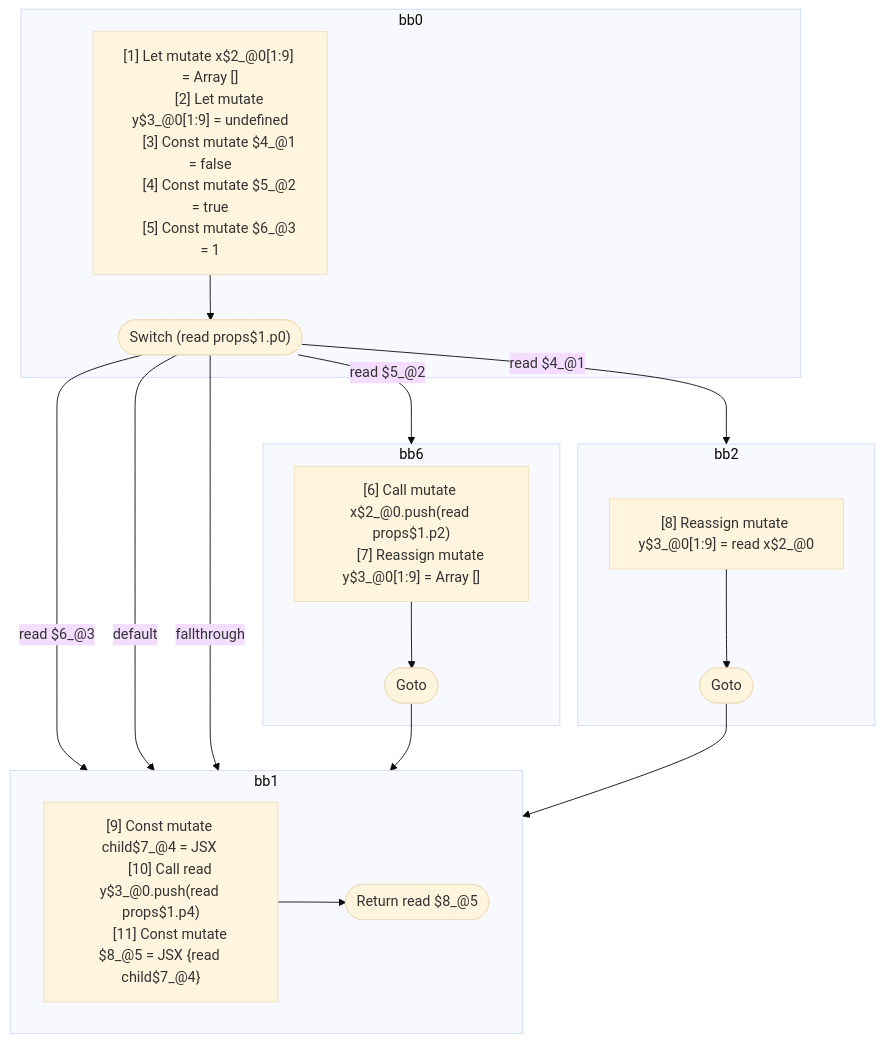
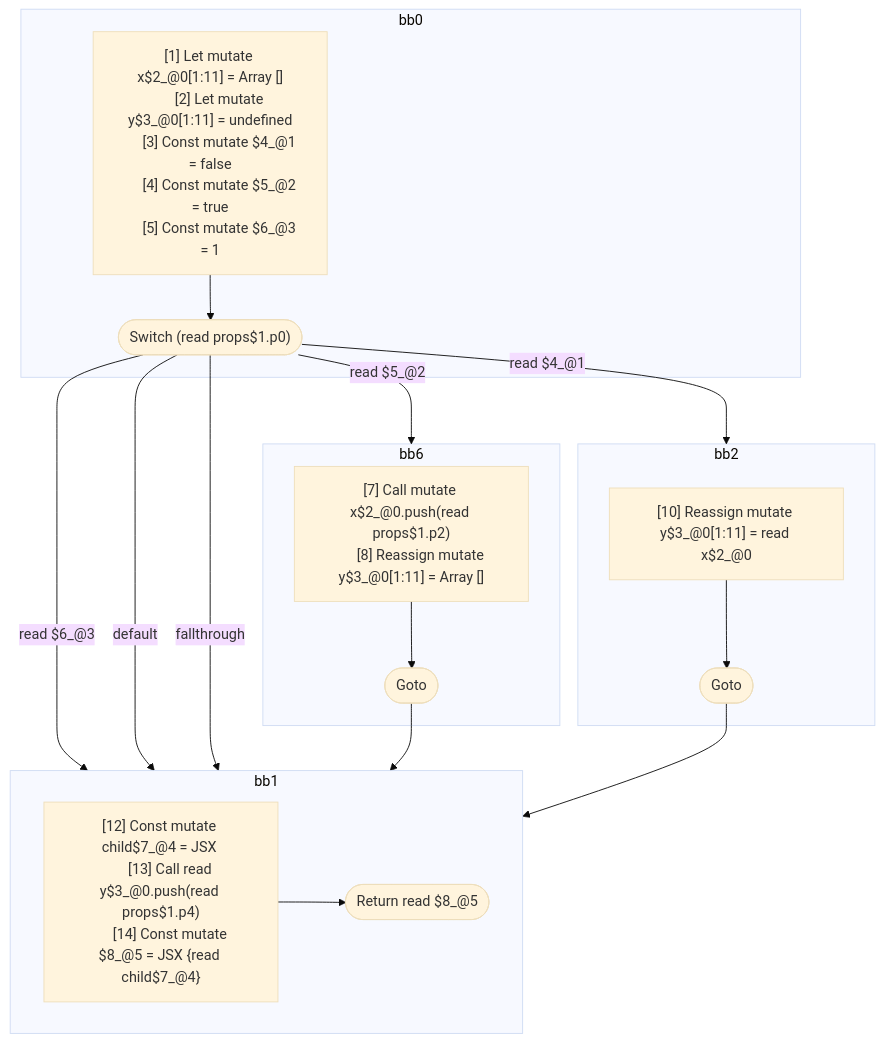
The diagram in compiler/forget/src/__tests__/fixtures/hir/switch-non-final-default.expect.md (wutsmog/private), drawn with Mermaid (base theme) before and after one commit. The commit also changed other lines of this file and 61 other files, not shown here.

````diff
--- a/compiler/forget/src/__tests__/fixtures/hir/switch-non-final-default.expect.md
+++ b/compiler/forget/src/__tests__/fixtures/hir/switch-non-final-default.expect.md
@@ -64,45 +64,45 @@
 ```mermaid
 flowchart TB
   %% Basic Blocks
   subgraph bb0
     bb0_instrs["
-      [1] Let mutate x$2_@0[1:9] = Array []
-      [2] Let mutate y$3_@0[1:9] = undefined
+      [1] Let mutate x$2_@0[1:11] = Array []
+      [2] Let mutate y$3_@0[1:11] = undefined
       [3] Const mutate $4_@1 = false
       [4] Const mutate $5_@2 = true
       [5] Const mutate $6_@3 = 1
     "]
     bb0_instrs --> bb0_terminal(["Switch (read props$1.p0)"])
   end
   subgraph bb6
     bb6_instrs["
-      [6] Call mutate x$2_@0.push(read props$1.p2)
-      [7] Reassign mutate y$3_@0[1:9] = Array []
+      [7] Call mutate x$2_@0.push(read props$1.p2)
+      [8] Reassign mutate y$3_@0[1:11] = Array []
     "]
     bb6_instrs --> bb6_terminal(["Goto"])
   end
   subgraph bb2
     bb2_instrs["
-      [8] Reassign mutate y$3_@0[1:9] = read x$2_@0
+      [10] Reassign mutate y$3_@0[1:11] = read x$2_@0
     "]
     bb2_instrs --> bb2_terminal(["Goto"])
   end
   subgraph bb1
     bb1_instrs["
-      [9] Const mutate child$7_@4 = JSX <read Component$0 data={freeze x$2_@0} ></read Component$0>
-      [10] Call read y$3_@0.push(read props$1.p4)
-      [11] Const mutate $8_@5 = JSX <read Component$0 data={freeze y$3_@0} >{read child$7_@4}</read Component$0>
+      [12] Const mutate child$7_@4 = JSX <read Component$0 data={freeze x$2_@0} ></read Component$0>
+      [13] Call read y$3_@0.push(read props$1.p4)
+      [14] Const mutate $8_@5 = JSX <read Component$0 data={freeze y$3_@0} >{read child$7_@4}</read Component$0>
     "]
     bb1_instrs --> bb1_terminal(["Return read $8_@5"])
   end
 
   %% Jumps
   bb0_terminal -- "read $6_@3" --> bb1
   bb0_terminal -- "read $5_@2" --> bb6
   bb0_terminal -- "default" --> bb1
   bb0_terminal -- "read $4_@1" --> bb2
   bb0_terminal -- "fallthrough" --> bb1
   bb6_terminal --> bb1
   bb2_terminal --> bb1
 
 ```
````
